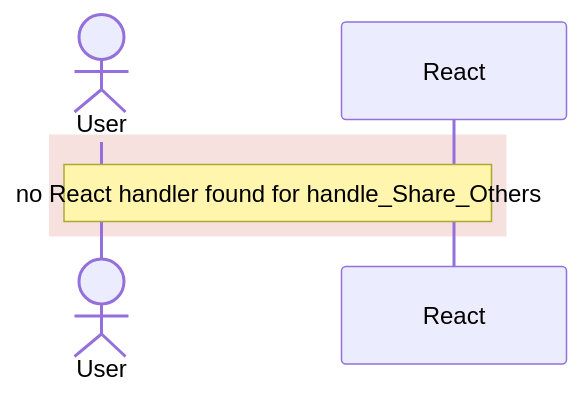
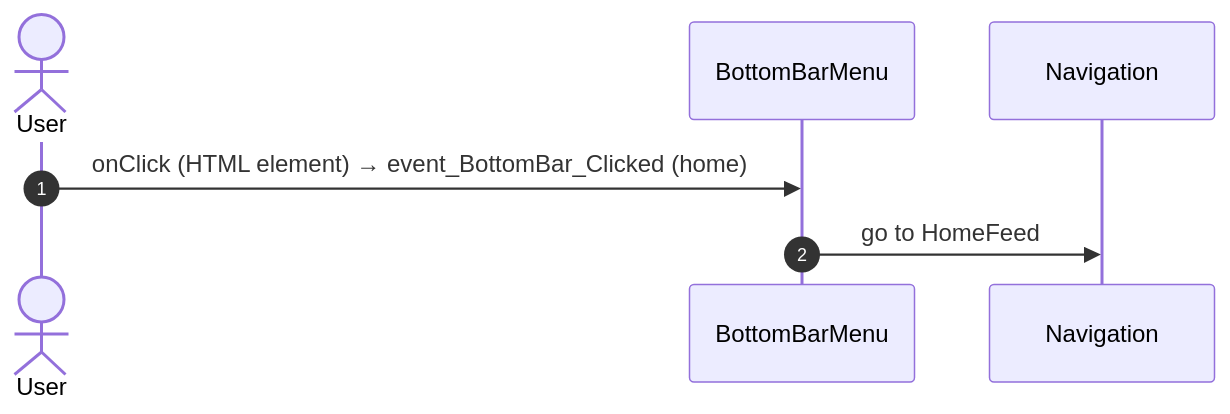
The second of 51 diagrams in migration/route-actions/HomeFeed.md (Phoenix-DX/connect-new-ui), drawn with Mermaid before and after one commit. The commit also changed other lines of this file and 9 other files, not shown here.

Commit message:
route actions: facts only; user actions as two independent lists (OutSystems view bindings, React JSX bindings) with Mermaid sequences; factual call columns (direct caller, chains, React references); app shell by definition (survey shell, main.tsx code); constants read for React paths

````diff
--- a/migration/route-actions/HomeFeed.md
+++ b/migration/route-actions/HomeFeed.md
@@ -218,8 +197,9 @@
 ```mermaid
 sequenceDiagram
+  autonumber
   actor U as User
-  participant H as React
-  rect rgba(192, 57, 43, 0.15)
-  Note over U,H: no React handler found for handle_Share_Others
-  end
+  participant B as BottomBarMenu
+  participant N as Navigation
+  U->>B: onClick (HTML element) → event_BottomBar_Clicked (home)
+  B->>N: go to HomeFeed
 ```
````
